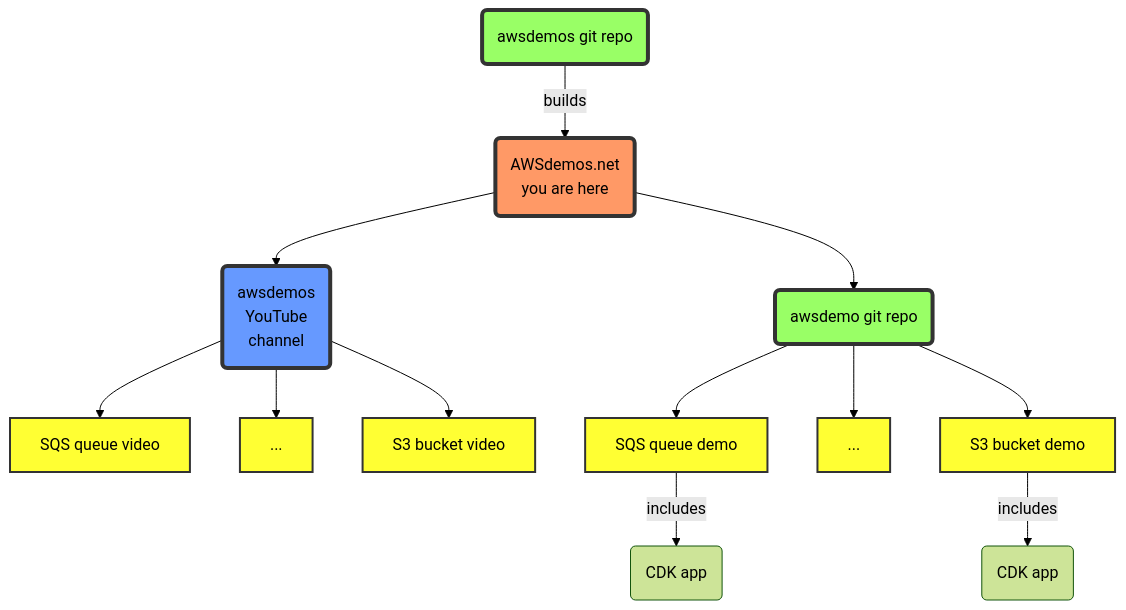
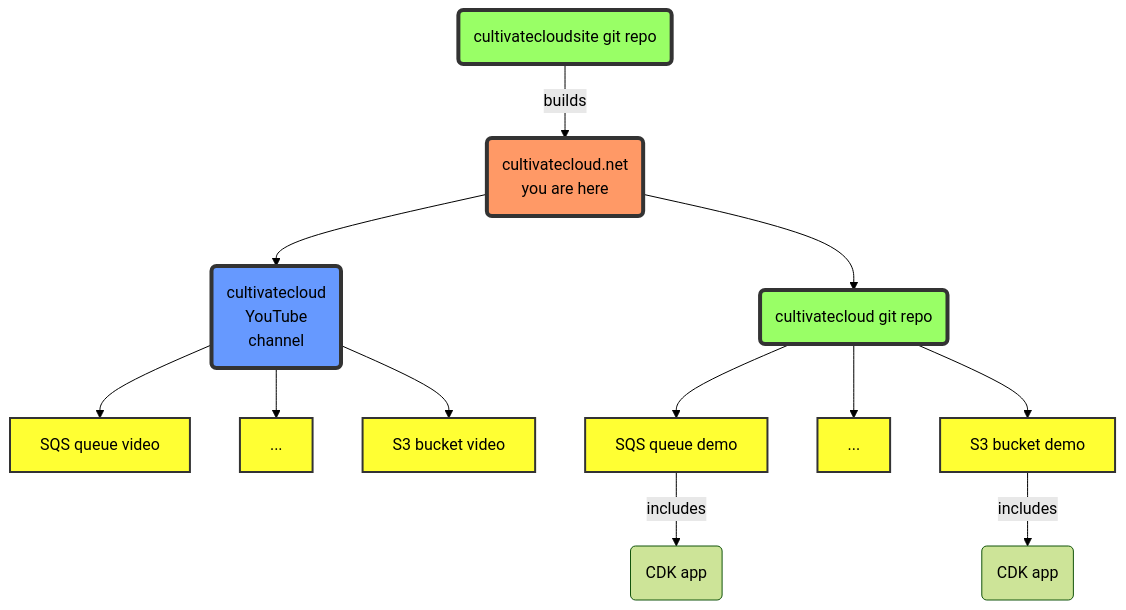
Before and after one commit to bwer432/cultivate-cloud: the diagram in content/_index.md, drawn with Mermaid (forest theme). The commit also changed other lines of this file and 17 other files, not shown here.

Commit message:
changed 'awsdemo' to 'cultivatecloud' in contents.

```diff
--- a/content/_index.md
+++ b/content/_index.md
@@ -13,23 +13,23 @@
 {{< mermaid >}}
 graph TB
-awsdemosnet(AWSdemos.net<br>you are here)-->youtubechannel(awsdemos<br>YouTube<br>channel)
-awsdemosnet-->gitrepo(awsdemo git repo)
-gitrepo2(awsdemos git repo)-->|builds|awsdemosnet
+cultivatecloudnet(cultivatecloud.net<br>you are here)-->youtubechannel(cultivatecloud<br>YouTube<br>channel)
+cultivatecloudnet-->gitrepo(cultivatecloud git repo)
+gitrepo2(cultivatecloudsite git repo)-->|builds|cultivatecloudnet
 youtubechannel-->demoA[SQS queue video]
 youtubechannel-->demoB[...]
 youtubechannel-->demoM[S3 bucket video]
 gitrepo-->demoN[SQS queue demo]
 gitrepo-->demoO[...]
 gitrepo-->demoZ[S3 bucket demo]
 demoN-->|includes|cdkN(CDK app)
 demoZ-->|includes|cdkZ(CDK app)
 
 classDef green fill:#9f6,stroke:#333,stroke-width:4px;
 classDef orange fill:#f96,stroke:#333,stroke-width:4px;
 classDef blue fill:#69f,stroke:#333,stroke-width:4px;
 classDef yellow fill:#ff3,stroke:#333,stroke-width:2px;
-class awsdemosnet orange;
+class cultivatecloudnet orange;
 class youtubechannel blue;
 class gitrepo,gitrepo2 green;
 class demoA,demoB,demoM,demoN,demoO,demoZ yellow;
 {{< /mermaid >}}
```
